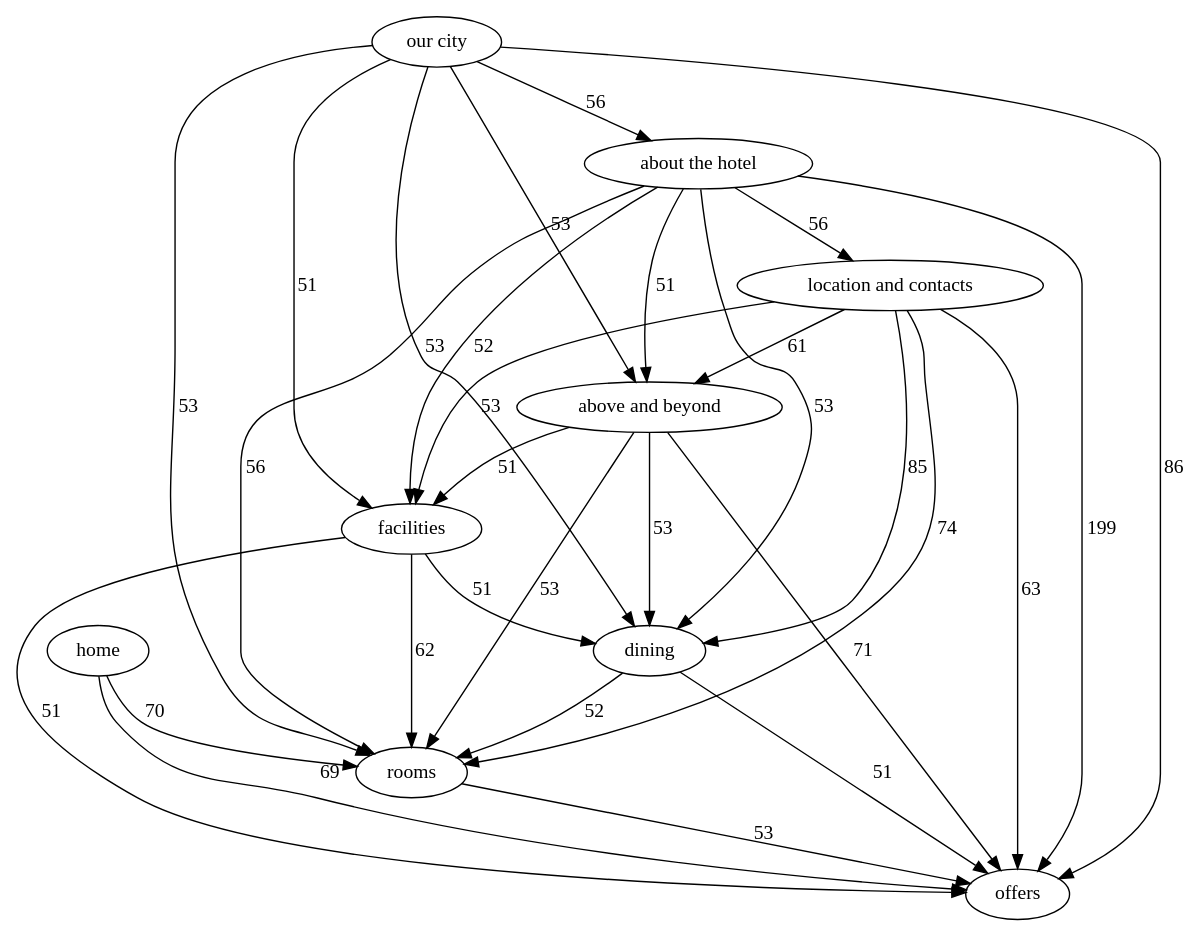
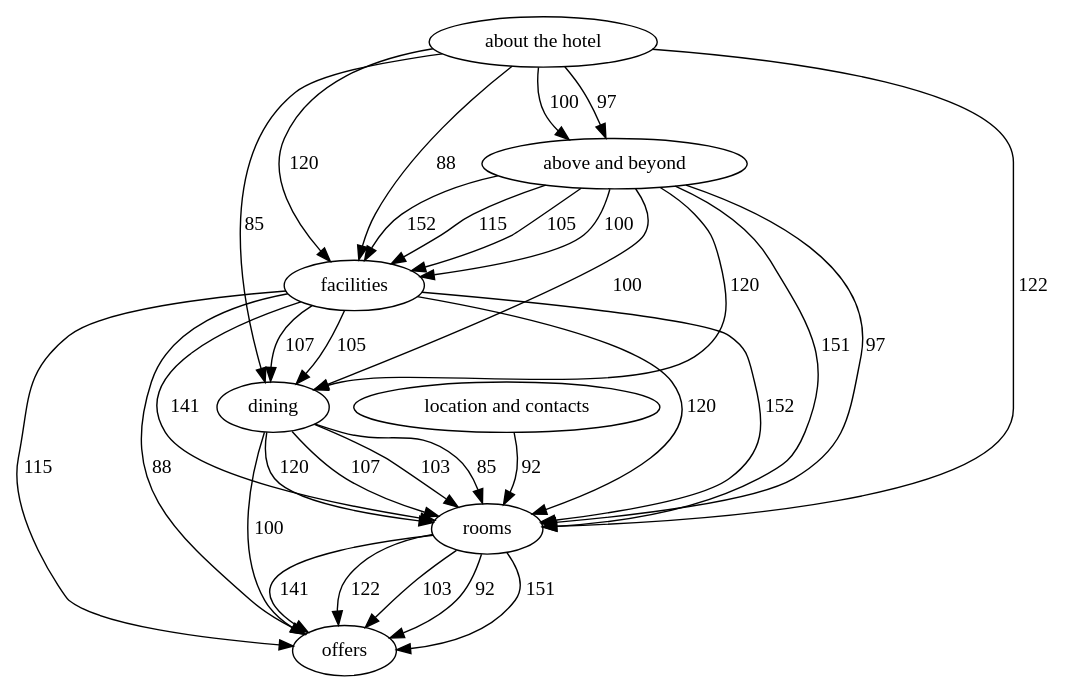
One commit to alexcu/sit742-a2-report changed the diagram in dot/au_requests.dot. Above: the diagram before and after it, drawn with Graphviz. The commit also changed 17 other files, not shown here.

Commit message:
Update dot diagrams to percentile and support-curated

```diff
--- a/dot/au_requests.dot
+++ b/dot/au_requests.dot
@@ -1,41 +1,42 @@
-strict digraph "" {
+digraph "" {
 layout="dot";
 facilities;
-home;
 "about the hotel";
 dining;
 offers;
 rooms;
-"our city";
 "above and beyond";
 "location and contacts";
-facilities -> dining  [label=51, weight=51];
-facilities -> offers  [label=51, weight=51];
-facilities -> rooms  [label=62, weight=62];
-home -> offers  [label=69, weight=69];
-home -> rooms  [label=70, weight=70];
-"about the hotel" -> facilities  [label=52, weight=52];
-"about the hotel" -> dining  [label=53, weight=53];
-"about the hotel" -> offers  [label=199, weight=199];
-"about the hotel" -> rooms  [label=56, weight=56];
-"about the hotel" -> "above and beyond"  [label=51, weight=51];
-"about the hotel" -> "location and contacts"  [label=56, weight=56];
-dining -> offers  [label=51, weight=51];
-dining -> rooms  [label=52, weight=52];
-rooms -> offers  [label=53, weight=53];
-"our city" -> facilities  [label=51, weight=51];
-"our city" -> "about the hotel"  [label=56, weight=56];
-"our city" -> dining  [label=53, weight=53];
-"our city" -> offers  [label=86, weight=86];
-"our city" -> rooms  [label=53, weight=53];
-"our city" -> "above and beyond"  [label=53, weight=53];
-"above and beyond" -> dining  [label=53, weight=53];
-"above and beyond" -> offers  [label=71, weight=71];
-"above and beyond" -> rooms  [label=53, weight=53];
-"above and beyond" -> facilities  [label=51, weight=51];
-"location and contacts" -> dining  [label=85, weight=85];
-"location and contacts" -> facilities  [label=53, weight=53];
-"location and contacts" -> offers  [label=63, weight=63];
-"location and contacts" -> rooms  [label=74, weight=74];
-"location and contacts" -> "above and beyond"  [label=61, weight=61];
+facilities -> dining  [key=0, label=107, weight=107];
+facilities -> dining  [key=1, label=105, weight=105];
+facilities -> offers  [key=0, label=115, weight=115];
+facilities -> offers  [key=1, label=88, weight=88];
+facilities -> rooms  [key=0, label=152, weight=152];
+facilities -> rooms  [key=1, label=141, weight=141];
+facilities -> rooms  [key=2, label=120, weight=120];
+"about the hotel" -> dining  [key=0, label=85, weight=85];
+"about the hotel" -> facilities  [key=0, label=120, weight=120];
+"about the hotel" -> facilities  [key=1, label=88, weight=88];
+"about the hotel" -> rooms  [key=0, label=122, weight=122];
+"about the hotel" -> "above and beyond"  [key=0, label=100, weight=100];
+"about the hotel" -> "above and beyond"  [key=1, label=97, weight=97];
+dining -> offers  [key=0, label=100, weight=100];
+dining -> rooms  [key=0, label=120, weight=120];
+dining -> rooms  [key=1, label=107, weight=107];
+dining -> rooms  [key=2, label=103, weight=103];
+dining -> rooms  [key=3, label=85, weight=85];
+rooms -> offers  [key=0, label=151, weight=151];
+rooms -> offers  [key=1, label=141, weight=141];
+rooms -> offers  [key=2, label=122, weight=122];
+rooms -> offers  [key=3, label=103, weight=103];
+rooms -> offers  [key=4, label=92, weight=92];
+"above and beyond" -> facilities  [key=0, label=152, weight=152];
+"above and beyond" -> facilities  [key=1, label=115, weight=115];
+"above and beyond" -> facilities  [key=2, label=105, weight=105];
+"above and beyond" -> facilities  [key=3, label=100, weight=100];
+"above and beyond" -> rooms  [key=0, label=151, weight=151];
+"above and beyond" -> rooms  [key=1, label=97, weight=97];
+"above and beyond" -> dining  [key=0, label=120, weight=120];
+"above and beyond" -> dining  [key=1, label=100, weight=100];
+"location and contacts" -> rooms  [key=0, label=92, weight=92];
 }
```
